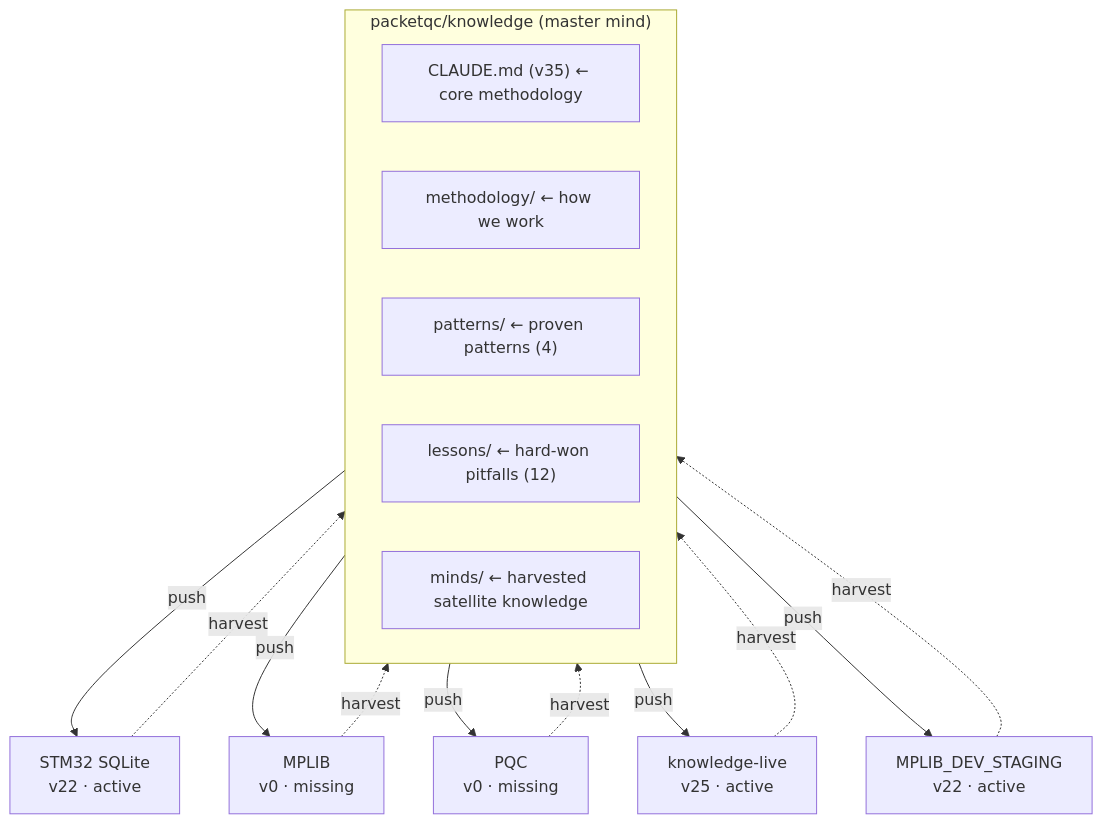
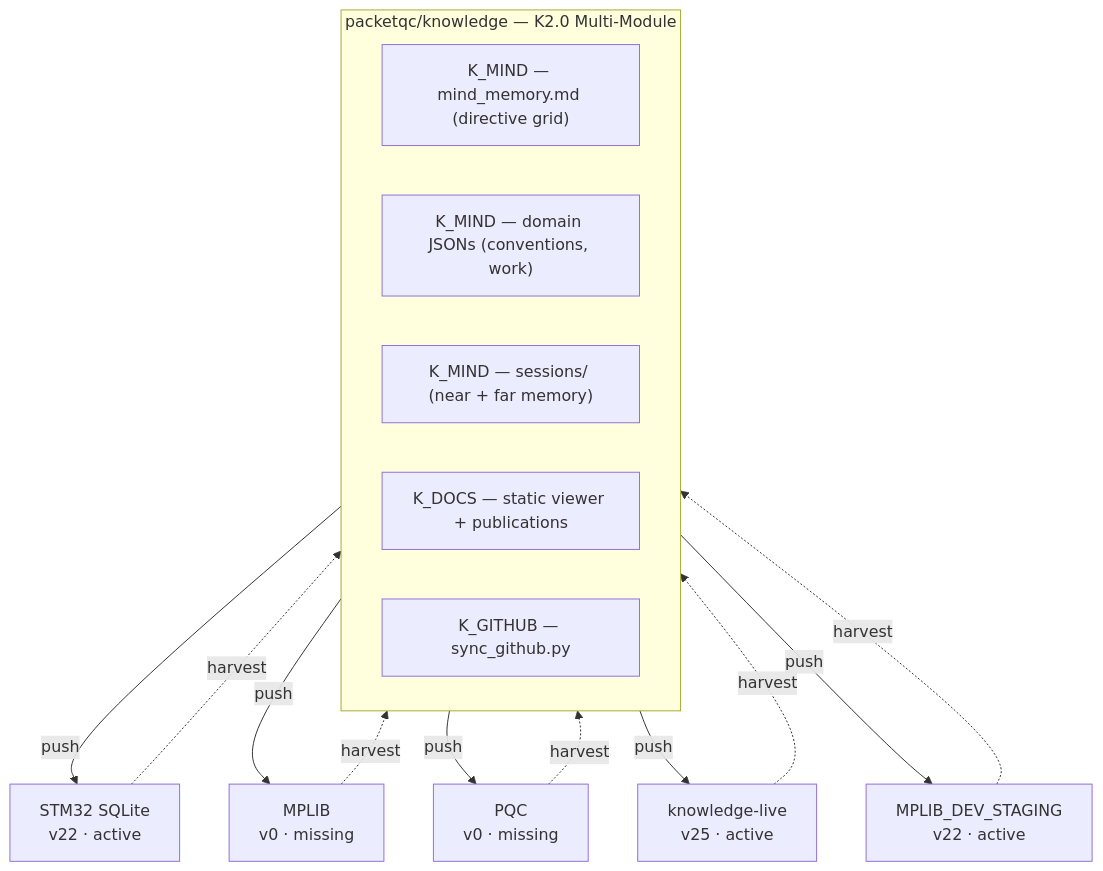
Before and after one commit to packetqc/K_DOCS: the first of 2 diagrams in docs/publications/distributed-minds/full/index.md, drawn with Mermaid. The commit also changed other lines of this file and 3 other files, not shown here.

First line of the commit message:
docs: update distributed-minds mermaid diagrams to K2.0 architecture

````diff
--- a/docs/publications/distributed-minds/full/index.md
+++ b/docs/publications/distributed-minds/full/index.md
@@ -110,22 +110,22 @@
 ```mermaid
 flowchart TB
-    subgraph MASTER["packetqc/knowledge (master mind)"]
-        M1["CLAUDE.md (v35) ← core methodology"]
-        M2["methodology/ ← how we work"]
-        M3["patterns/ ← proven patterns (4)"]
-        M4["lessons/ ← hard-won pitfalls (12)"]
-        M5["minds/ ← harvested satellite knowledge"]
+    subgraph MASTER["packetqc/knowledge — K2.0 Multi-Module"]
+        M1["K_MIND — mind_memory.md (directive grid)"]
+        M2["K_MIND — domain JSONs (conventions, work)"]
+        M3["K_MIND — sessions/ (near + far memory)"]
+        M4["K_DOCS — static viewer + publications"]
+        M5["K_GITHUB — sync_github.py"]
     end
 
     MASTER -- "push" --> PA["STM32 SQLite\nv22 · active"]
     MASTER -- "push" --> PB["MPLIB\nv0 · missing"]
     MASTER -- "push" --> PC["PQC\nv0 · missing"]
     MASTER -- "push" --> PD["knowledge-live\nv25 · active"]
     MASTER -- "push" --> PE["MPLIB_DEV_STAGING\nv22 · active"]
 
     PA -. "harvest" .-> MASTER
     PB -. "harvest" .-> MASTER
     PC -. "harvest" .-> MASTER
     PD -. "harvest" .-> MASTER
     PE -. "harvest" .-> MASTER
 ```
````
